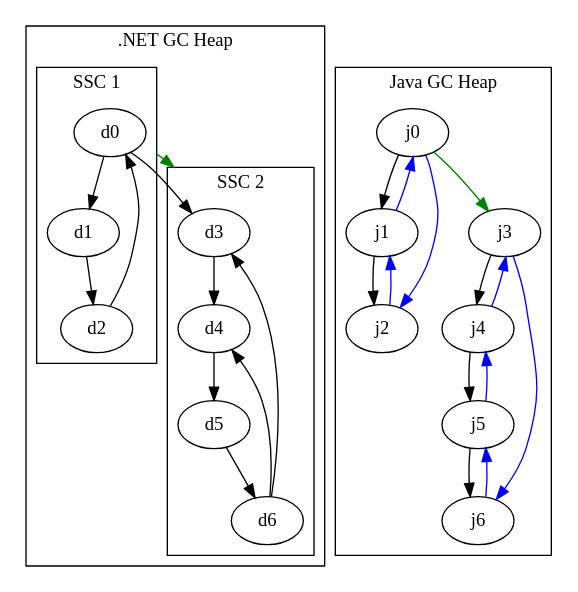
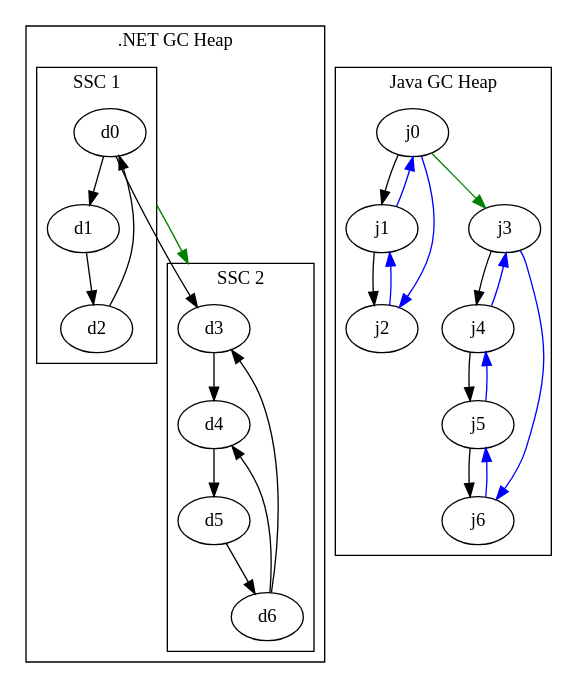
The diagram in input/images/gc-handle-2/heap3.gv (AustinWise/austinwise.github.com), drawn with Graphviz before and after one commit. The commit also changed 4 other files, not shown here.

```diff
--- a/input/images/gc-handle-2/heap3.gv
+++ b/input/images/gc-handle-2/heap3.gv
@@ -1,47 +1,47 @@
 digraph G {
     compound=true;
 
     subgraph cluster_0 {
         d0 -> d1 -> d2 -> d0;
         d3 -> d4 -> d5 -> d6 -> d3;
         d6 -> d4;
         d0 -> d3;
 
         subgraph cluster_2 {
             label = "SSC 1";
             d0;
             d1;
             d2;
         }
 
         subgraph cluster_3 {
             label = "SSC 2";
             d3;
             d4;
             d5;
             d6;
         }
 
-        d0 -> d3 [ltail=cluster_2, lhead=cluster_3, color=green];
+        d0 -> d3 [ltail=cluster_2, lhead=cluster_3, color=green, minlen = 2];
 
         label = ".NET GC Heap";
     }
 
     subgraph cluster_1 {
         j0 -> j1 -> j2;
         j3 -> j4 -> j5 -> j6;
 
         j2 -> j1 [color=blue];
         j1 -> j0 [color=blue];
         j0 -> j2 [color=blue];
 
         j6 -> j5 [color=blue];
         j5 -> j4 [color=blue];
         j4 -> j3 [color=blue];
         j3 -> j6 [color=blue];
 
         j0 -> j3 [color=green];
 
         label = "Java GC Heap";
     }
 }
```
